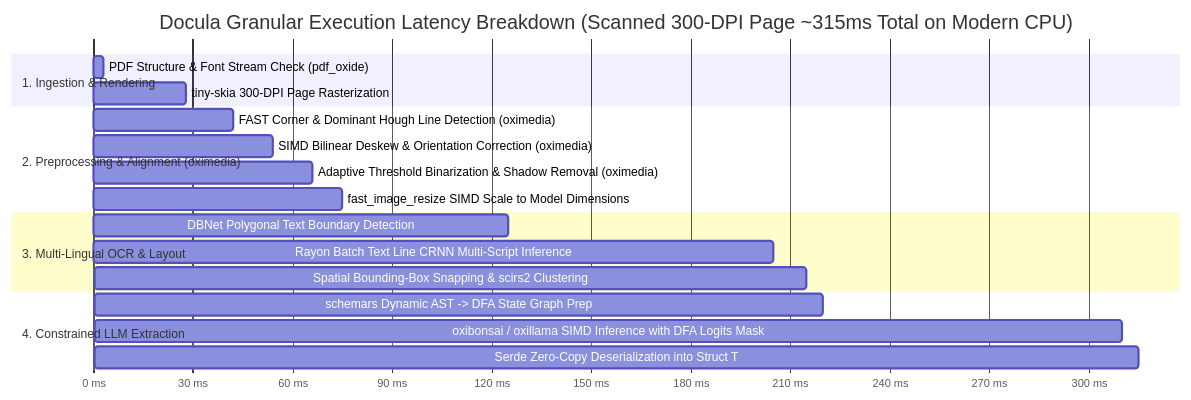
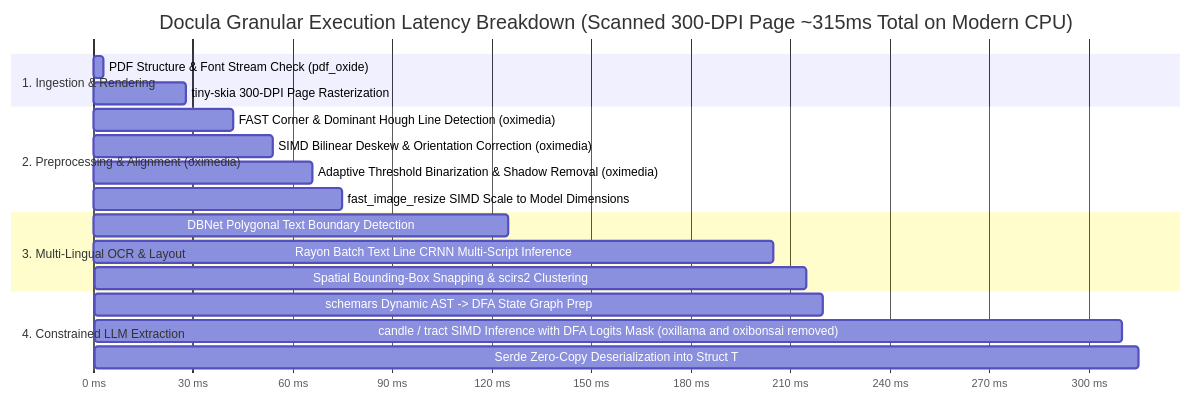
Before and after one commit to yasuomaidana/docula: the diagram in docs/09_BENCHMARK_AND_COMPARISON.md, drawn with Mermaid. The commit also changed other lines of this file and 28 other files, not shown here.

````diff
--- a/docs/09_BENCHMARK_AND_COMPARISON.md
+++ b/docs/09_BENCHMARK_AND_COMPARISON.md
@@ -53,26 +52,26 @@
 ```mermaid
 gantt
     title Docula Granular Execution Latency Breakdown (Scanned 300-DPI Page ~315ms Total on Modern CPU)
     dateFormat  X
     axisFormat %s ms
 
     section 1. Ingestion & Rendering
     PDF Structure & Font Stream Check (pdf_oxide)     :0, 3
     tiny-skia 300-DPI Page Rasterization              :3, 28
     
     section 2. Preprocessing & Alignment (oximedia)
     FAST Corner & Dominant Hough Line Detection (oximedia) :28, 42
     SIMD Bilinear Deskew & Orientation Correction (oximedia) :42, 54
     Adaptive Threshold Binarization & Shadow Removal (oximedia) :54, 66
     fast_image_resize SIMD Scale to Model Dimensions  :66, 75
 
     section 3. Multi-Lingual OCR & Layout
     DBNet Polygonal Text Boundary Detection           :75, 125
     Rayon Batch Text Line CRNN Multi-Script Inference :125, 205
     Spatial Bounding-Box Snapping & scirs2 Clustering :205, 215
 
     section 4. Constrained LLM Extraction
     schemars Dynamic AST -> DFA State Graph Prep      :215, 220
-    oxibonsai / oxillama SIMD Inference with DFA Logits Mask :220, 310
+    candle / tract SIMD Inference with DFA Logits Mask (oxillama and oxibonsai removed) :220, 310
     Serde Zero-Copy Deserialization into Struct T     :310, 315
 ```
````
